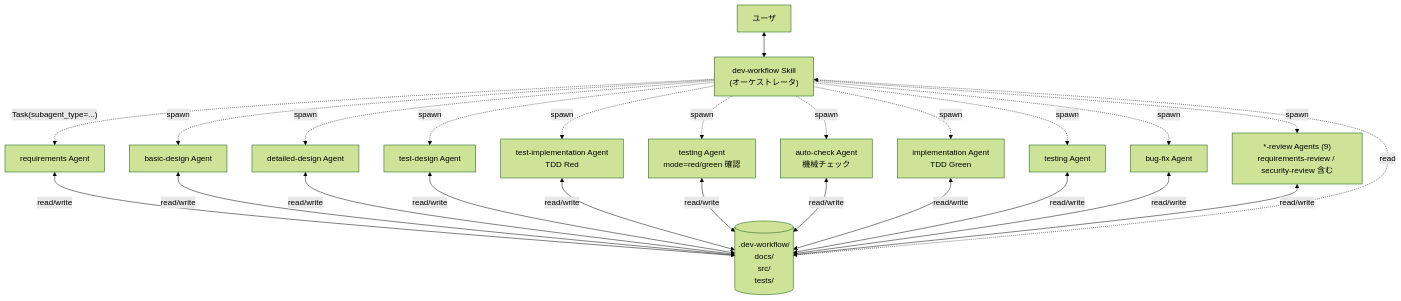
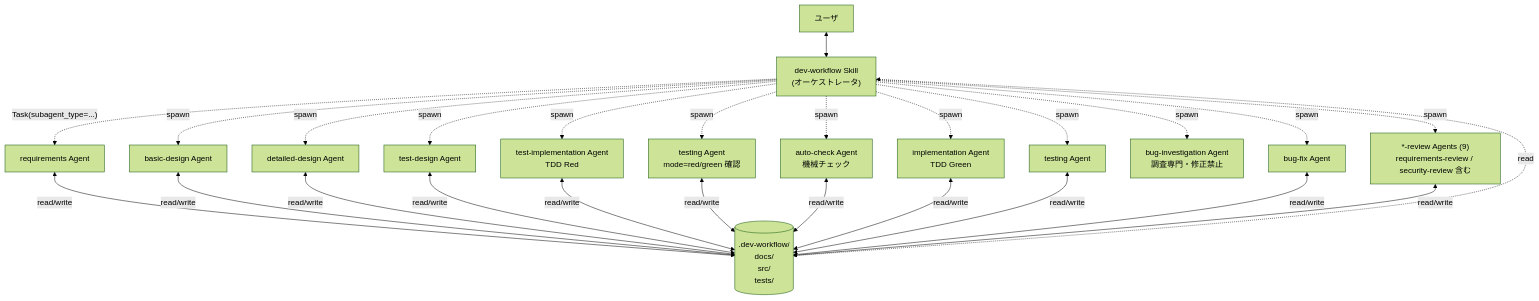
Before and after one commit to yamasuki-/software_dev_workflow: the first of 6 diagrams in docs/workflow-overview.md, drawn with Mermaid (forest theme). The commit also changed other lines of this file and 7 other files, not shown here.

````diff
--- a/docs/workflow-overview.md
+++ b/docs/workflow-overview.md
@@ -7,17 +7,18 @@
 ```mermaid
 flowchart TD
     User["ユーザ"] <--> Orch["dev-workflow Skill<br/>(オーケストレータ)"]
     Orch -. "Task(subagent_type=...)" .-> RQA["requirements Agent"]
     Orch -. spawn .-> BDA["basic-design Agent"]
     Orch -. spawn .-> DDA["detailed-design Agent"]
     Orch -. spawn .-> TDA["test-design Agent"]
     Orch -. spawn .-> TIA["test-implementation Agent<br/>TDD Red"]
     Orch -. spawn .-> TR["testing Agent<br/>mode=red/green 確認"]
     Orch -. spawn .-> AC["auto-check Agent<br/>機械チェック"]
     Orch -. spawn .-> ImpA["implementation Agent<br/>TDD Green"]
     Orch -. spawn .-> TstA["testing Agent"]
+    Orch -. spawn .-> BIA["bug-investigation Agent<br/>調査専門・修正禁止"]
     Orch -. spawn .-> BugA["bug-fix Agent"]
     Orch -. spawn .-> RevA["*-review Agents (9)<br/>requirements-review / security-review 含む"]
     RQA & BDA & DDA & TDA & TIA & TR & AC & ImpA & TstA & BugA & RevA <-->|"read/write"| FS[(".dev-workflow/<br/>docs/<br/>src/<br/>tests/")]
     Orch <-. read .-> FS
 ```
````
